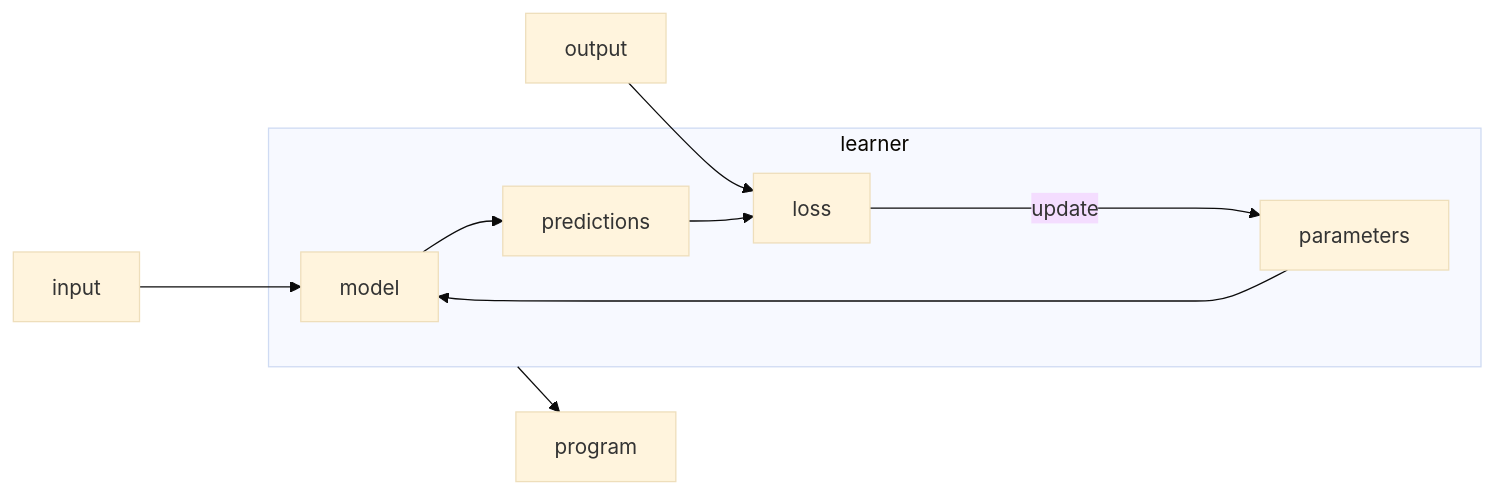
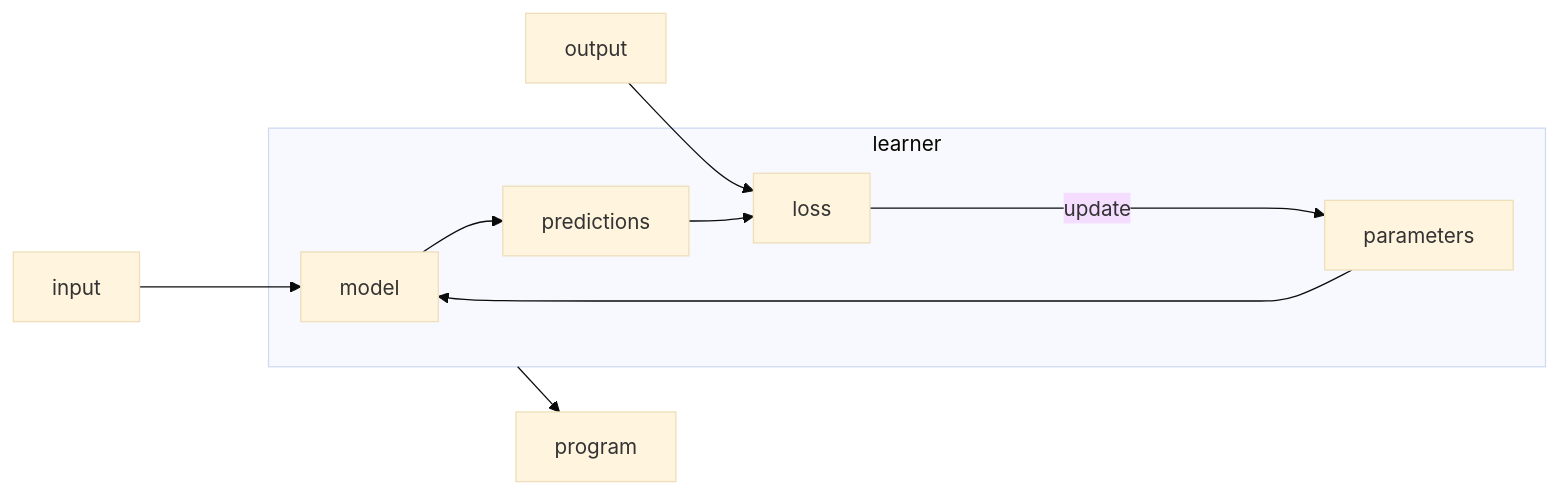
One commit to nicoladerric/nicoladerric.github.io changed the third of 3 diagrams in _posts/2023-08-16-rivoluzione.md. Above: the diagram before and after it, drawn with Mermaid (base theme).

````diff
--- a/_posts/2023-08-16-rivoluzione.md
+++ b/_posts/2023-08-16-rivoluzione.md
@@ -53,12 +53,12 @@
 ```mermaid
 flowchart LR;
     input ---> model;
     output --> loss;
     subgraph learner
+    parameters --> model;
     model --> predictions;
-    parameters --> model;
     predictions --> loss;
-    loss ------> |update|parameters;
+    loss -------> |update|parameters;
     end
     learner --> program
 ```
````
